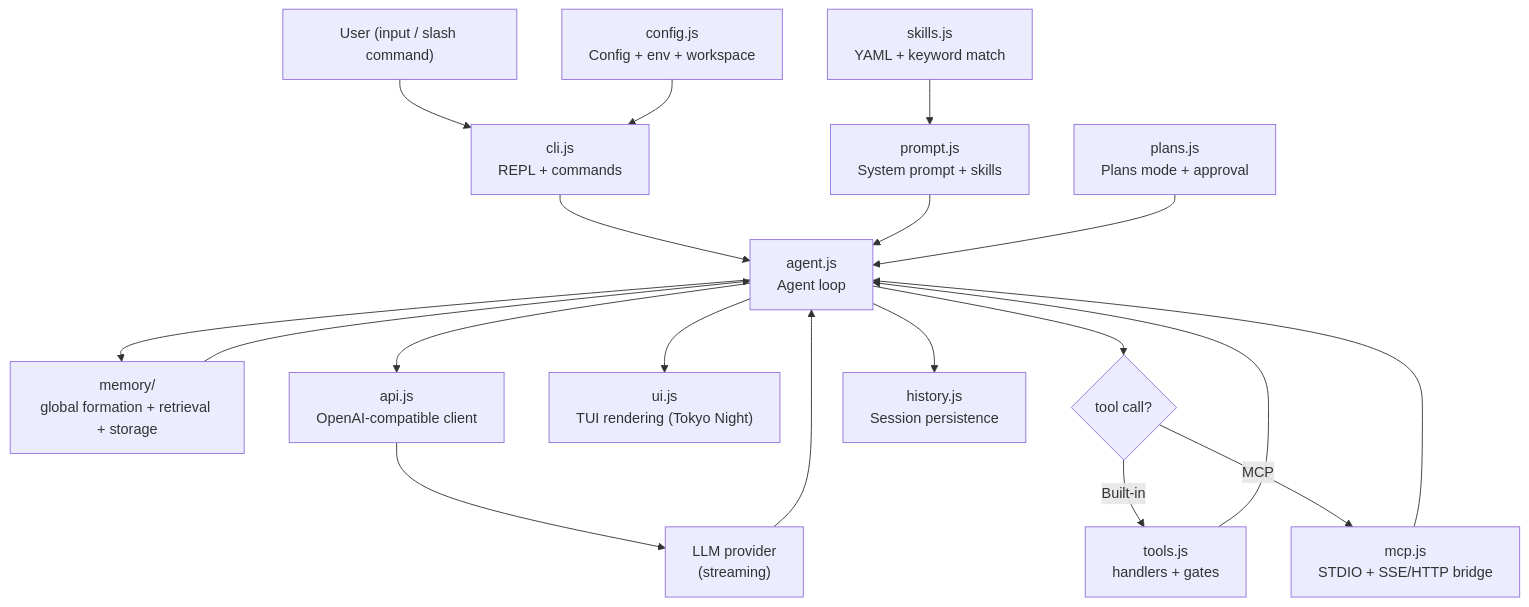
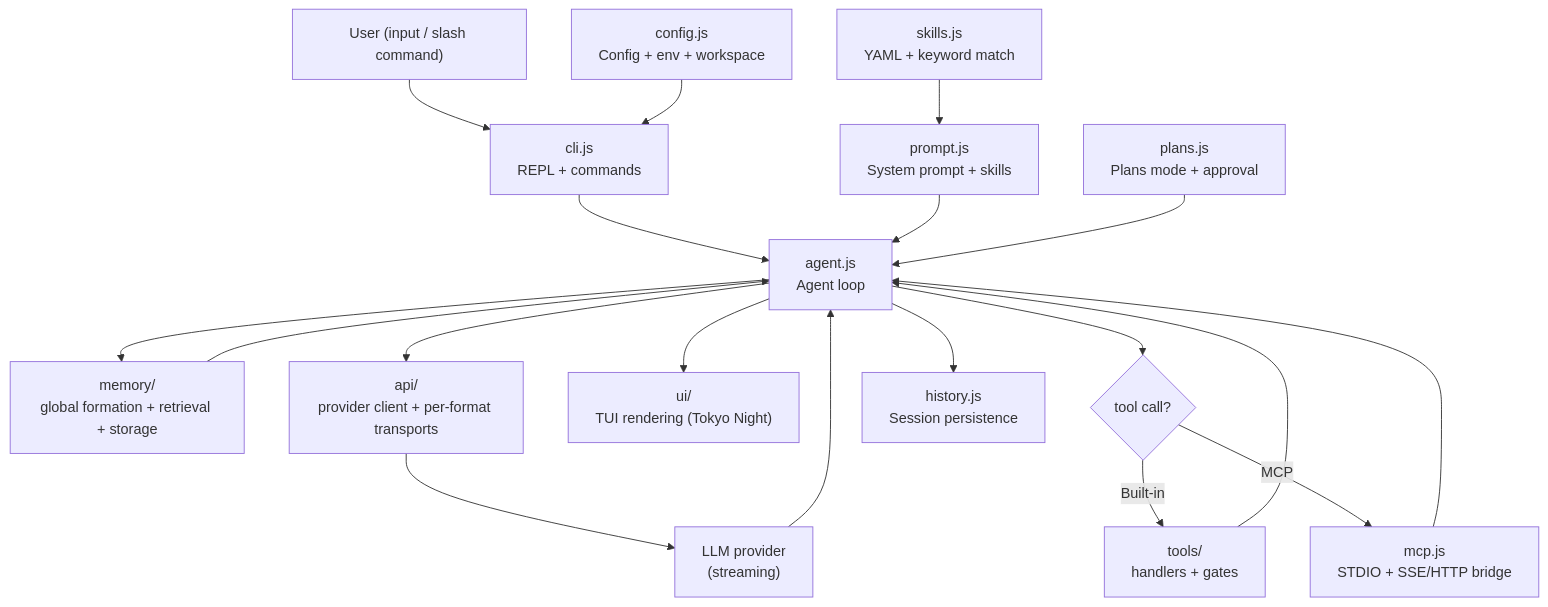
Before and after one commit to heyalmeida/emile-cli: the first of 2 diagrams in docs/architecture.md, drawn with Mermaid. The commit also changed other lines of this file, not shown here.

First line of the commit message:
docs(architecture): module map for provider system, P2-11 alignment and memory ADRs

````diff
--- a/docs/architecture.md
+++ b/docs/architecture.md
@@ -12,21 +12,21 @@
 ```mermaid
 flowchart TD
     U["User (input / slash command)"] --> CLI["cli.js<br/>REPL + commands"]
     CLI --> AGENT["agent.js<br/>Agent loop"]
     PROMPT["prompt.js<br/>System prompt + skills"] --> AGENT
     SKILLS["skills.js<br/>YAML + keyword match"] --> PROMPT
     MEMORY["memory/<br/>global formation + retrieval + storage"] --> AGENT
     AGENT --> MEMORY
-    AGENT --> API["api.js<br/>OpenAI-compatible client"]
+    AGENT --> API["api/<br/>provider client + per-format transports"]
     API --> LLM["LLM provider<br/>(streaming)"]
     LLM --> AGENT
-    AGENT --> UI["ui.js<br/>TUI rendering (Tokyo Night)"]
+    AGENT --> UI["ui/<br/>TUI rendering (Tokyo Night)"]
     AGENT --> TOOLS{"tool call?"}
-    TOOLS -- "Built-in" --> HANDLERS["tools.js<br/>handlers + gates"]
+    TOOLS -- "Built-in" --> HANDLERS["tools/<br/>handlers + gates"]
     TOOLS -- "MCP" --> MCP["mcp.js<br/>STDIO + SSE/HTTP bridge"]
     HANDLERS --> AGENT
     MCP --> AGENT
     AGENT --> HIST["history.js<br/>Session persistence"]
     PLANS["plans.js<br/>Plans mode + approval"] --> AGENT
     CONFIG["config.js<br/>Config + env + workspace"] --> CLI
 ```
````
